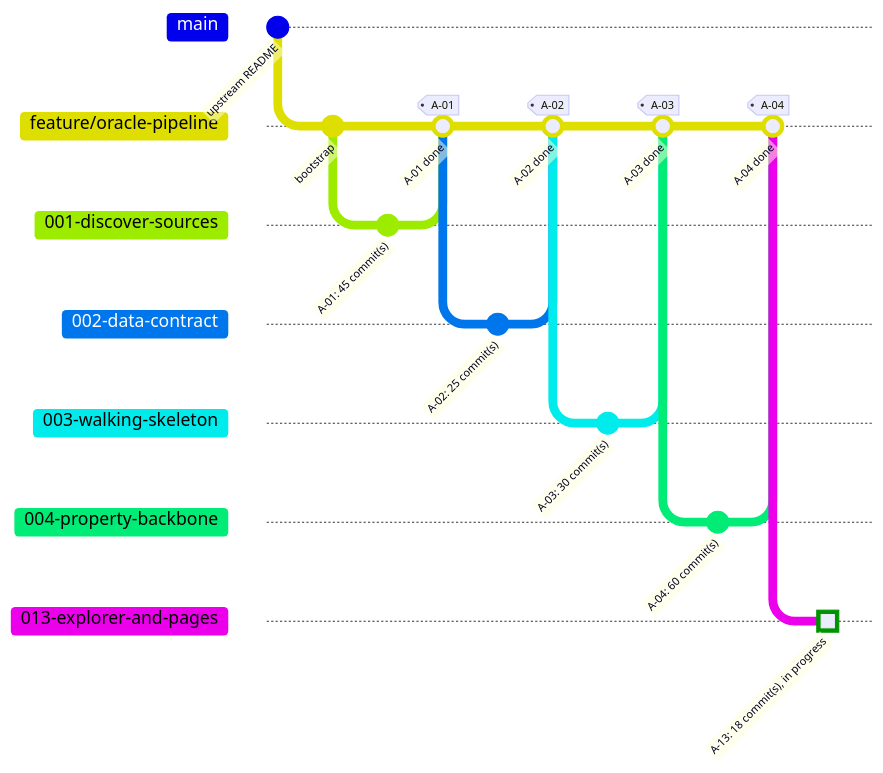
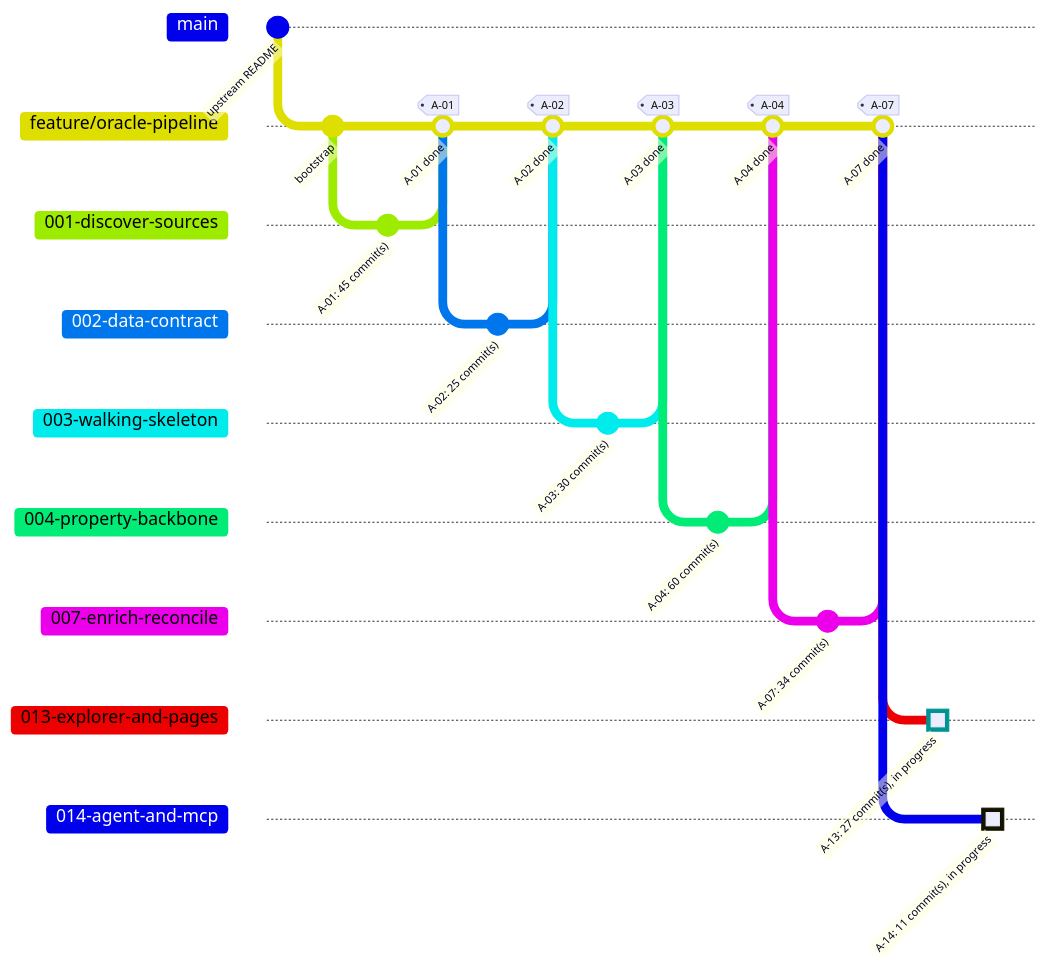
The second of 2 diagrams in docs/progress.md (HebaGaber/oracle-property-intelligence-platform-pipeline-travis-tx), drawn with Mermaid before and after one commit. The commit also changed other lines of this file, not shown here.

Commit message:
A-07: update progress; merge commit recorded in the evidence

````diff
--- a/docs/progress.md
+++ b/docs/progress.md
@@ -19,26 +19,33 @@
 ```mermaid
 %%{init: { 'gitGraph': { 'mainBranchName': 'main', 'showCommitLabel': true } } }%%
 gitGraph
   commit id: "upstream README"
   branch "feature/oracle-pipeline"
   commit id: "bootstrap"
   branch "001-discover-sources"
   commit id: "A-01: 45 commit(s)"
   checkout "feature/oracle-pipeline"
   merge "001-discover-sources" id: "A-01 done" tag: "A-01"
   branch "002-data-contract"
   commit id: "A-02: 25 commit(s)"
   checkout "feature/oracle-pipeline"
   merge "002-data-contract" id: "A-02 done" tag: "A-02"
   branch "003-walking-skeleton"
   commit id: "A-03: 30 commit(s)"
   checkout "feature/oracle-pipeline"
   merge "003-walking-skeleton" id: "A-03 done" tag: "A-03"
   branch "004-property-backbone"
   commit id: "A-04: 60 commit(s)"
   checkout "feature/oracle-pipeline"
   merge "004-property-backbone" id: "A-04 done" tag: "A-04"
+  branch "007-enrich-reconcile"
+  commit id: "A-07: 34 commit(s)"
+  checkout "feature/oracle-pipeline"
+  merge "007-enrich-reconcile" id: "A-07 done" tag: "A-07"
   branch "013-explorer-and-pages"
-  commit id: "A-13: 18 commit(s), in progress" type: HIGHLIGHT
+  commit id: "A-13: 27 commit(s), in progress" type: HIGHLIGHT
+  checkout "feature/oracle-pipeline"
+  branch "014-agent-and-mcp"
+  commit id: "A-14: 11 commit(s), in progress" type: HIGHLIGHT
   checkout "feature/oracle-pipeline"
 ```
````
